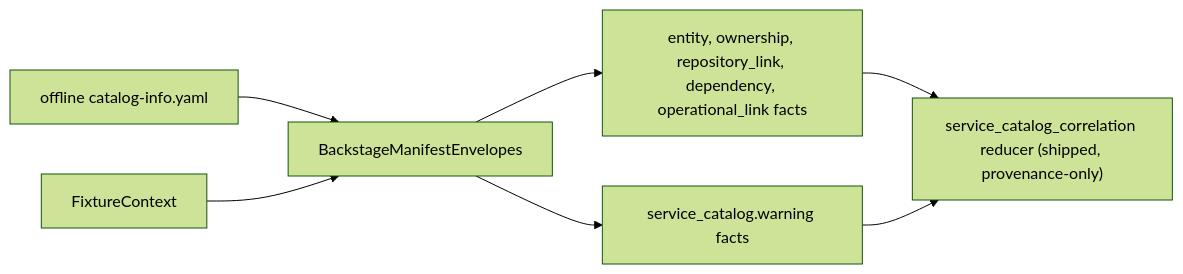
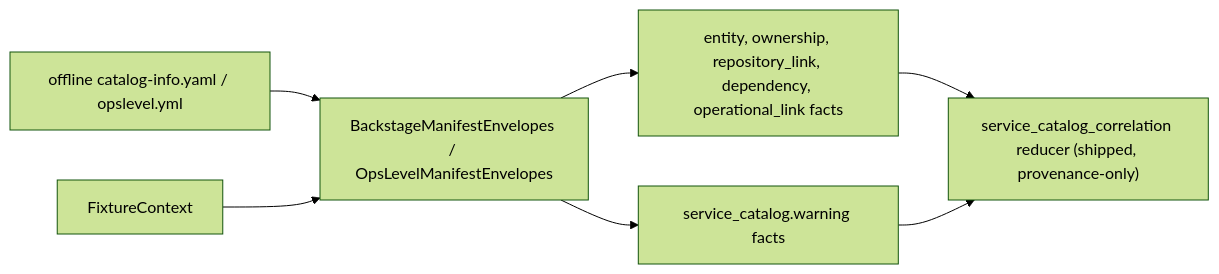
Before and after one commit to eshu-hq/eshu: the diagram in go/internal/collector/servicecatalog/README.md, drawn with Mermaid (forest theme). The commit also changed other lines of this file and 9 other files, not shown here.

````diff
--- a/go/internal/collector/servicecatalog/README.md
+++ b/go/internal/collector/servicecatalog/README.md
@@ -24,16 +24,16 @@
 ```mermaid
 flowchart LR
-    Manifest["offline catalog-info.yaml"]
+    Manifest["offline catalog-info.yaml / opslevel.yml"]
     Context["FixtureContext"]
-    Normalize["BackstageManifestEnvelopes"]
+    Normalize["BackstageManifestEnvelopes / OpsLevelManifestEnvelopes"]
     Facts["entity, ownership, repository_link, dependency, operational_link facts"]
     Warnings["service_catalog.warning facts"]
     Reducer["service_catalog_correlation reducer (shipped, provenance-only)"]
 
     Manifest --> Normalize
     Context --> Normalize
     Normalize --> Facts
     Normalize --> Warnings
     Facts --> Reducer
     Warnings --> Reducer
 ```
````
